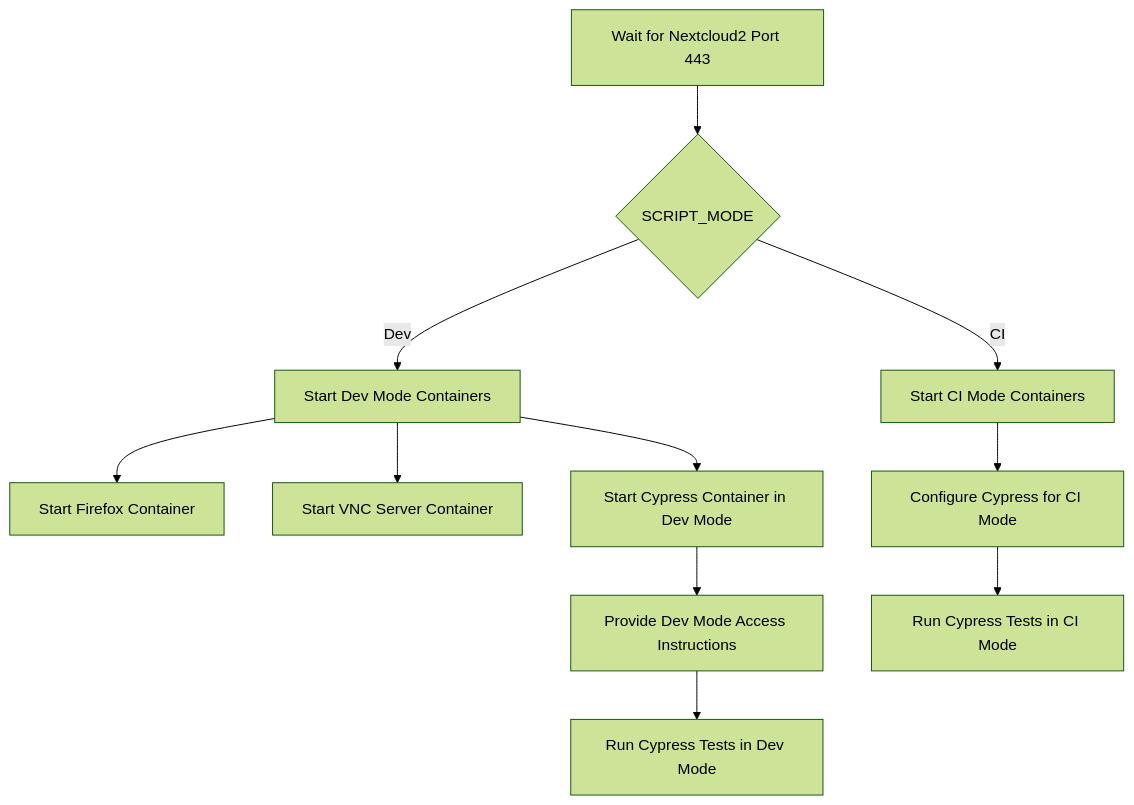
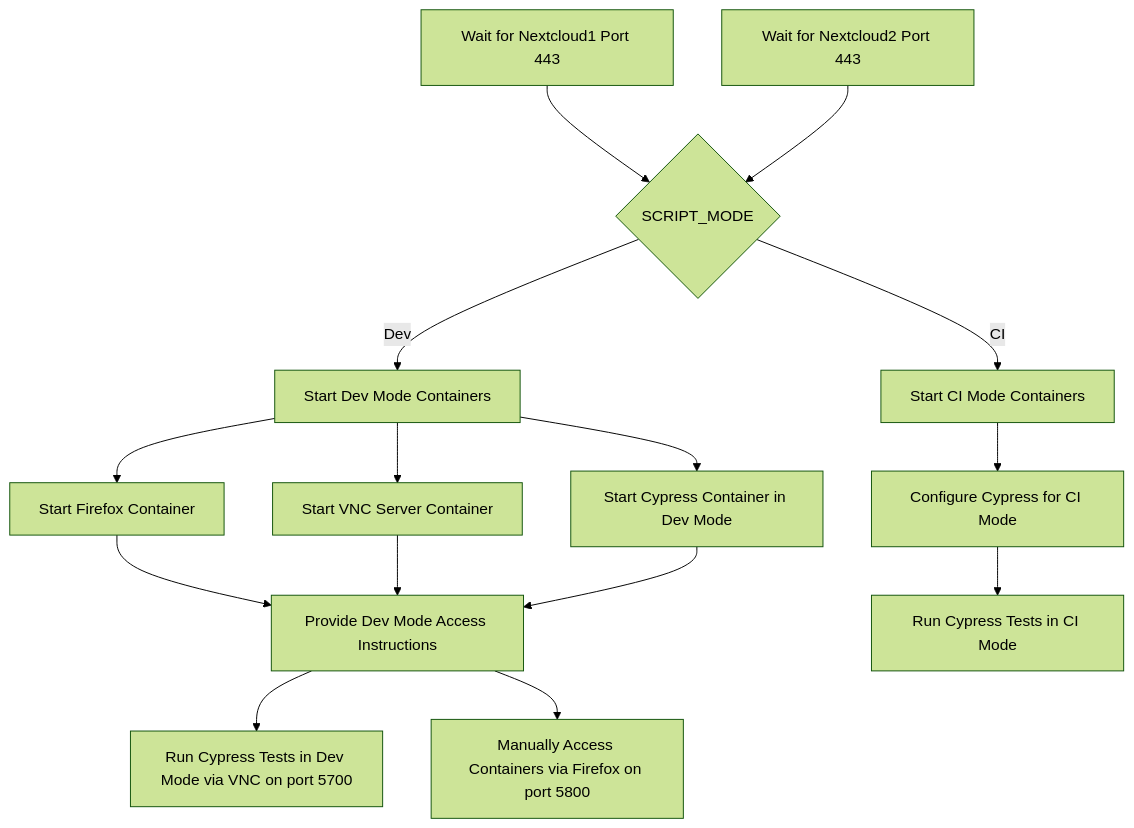
Before and after one commit to pondersource/dev-stock: the fourth of 6 diagrams in README.md, drawn with Mermaid (forest theme). The commit also changed other lines of this file, not shown here.

````diff
--- a/README.md
+++ b/README.md
@@ -438,20 +444,24 @@
 ```mermaid
 flowchart TD
     %% Conditional: Dev Mode vs CI Mode
-    J2c[Wait for Nextcloud2 Port 443] --> K{SCRIPT_MODE}
+    J1c[Wait for Nextcloud1 Port 443] --> K{SCRIPT_MODE}
+    J2c[Wait for Nextcloud2 Port 443] --> K
     K -- Dev --> L[Start Dev Mode Containers]
     K -- CI --> M[Start CI Mode Containers]
 
     %% Dev Mode Setup
     L --> L1[Start Firefox Container]
     L --> L2[Start VNC Server Container]
     L --> L3[Start Cypress Container in Dev Mode]
 
     %% Provide Dev Mode Instructions
-    L3 --> N[Provide Dev Mode Access Instructions]
-    N --> O[Run Cypress Tests in Dev Mode]
+    L1 --> N[Provide Dev Mode Access Instructions]
+    L2 --> N
+    L3 --> N
+    N --> O1[Run Cypress Tests in Dev Mode via VNC on port 5700]
+    N --> O2[Manually Access Containers via Firefox on port 5800]
 
     %% CI Mode Setup
     M --> M1[Configure Cypress for CI Mode]
     M1 --> M2[Run Cypress Tests in CI Mode]
 ```
````
